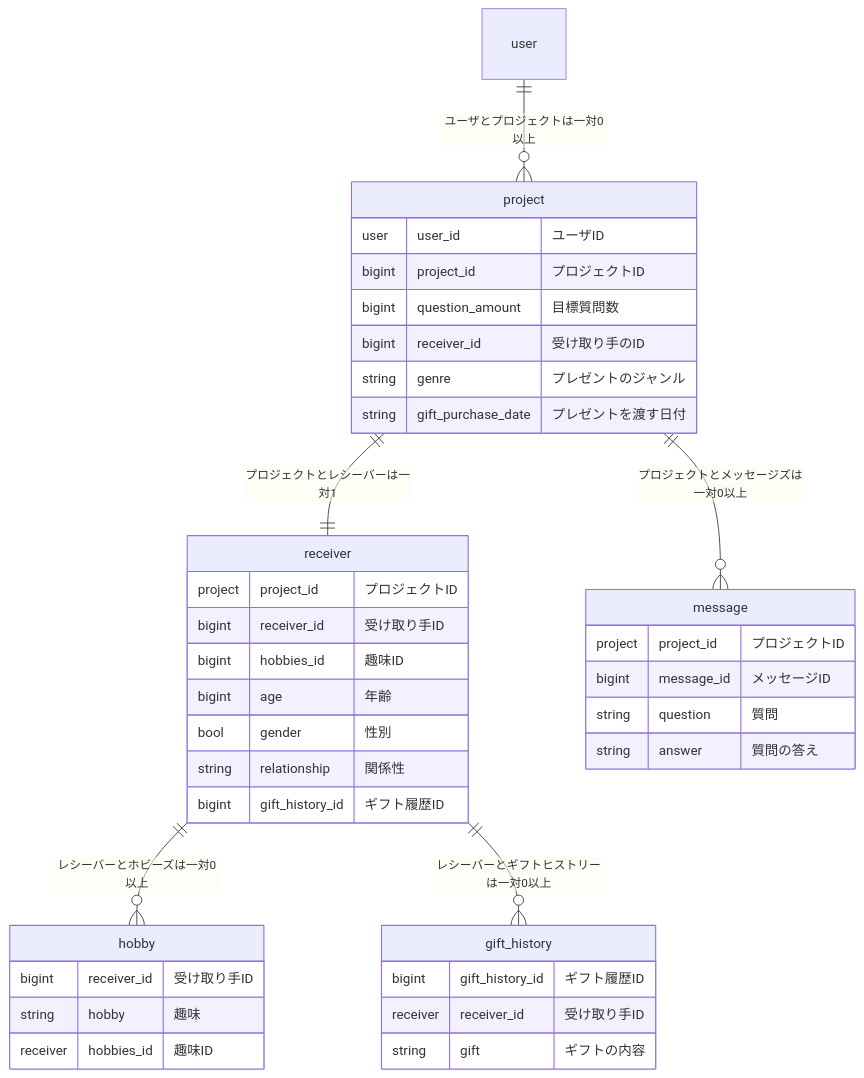
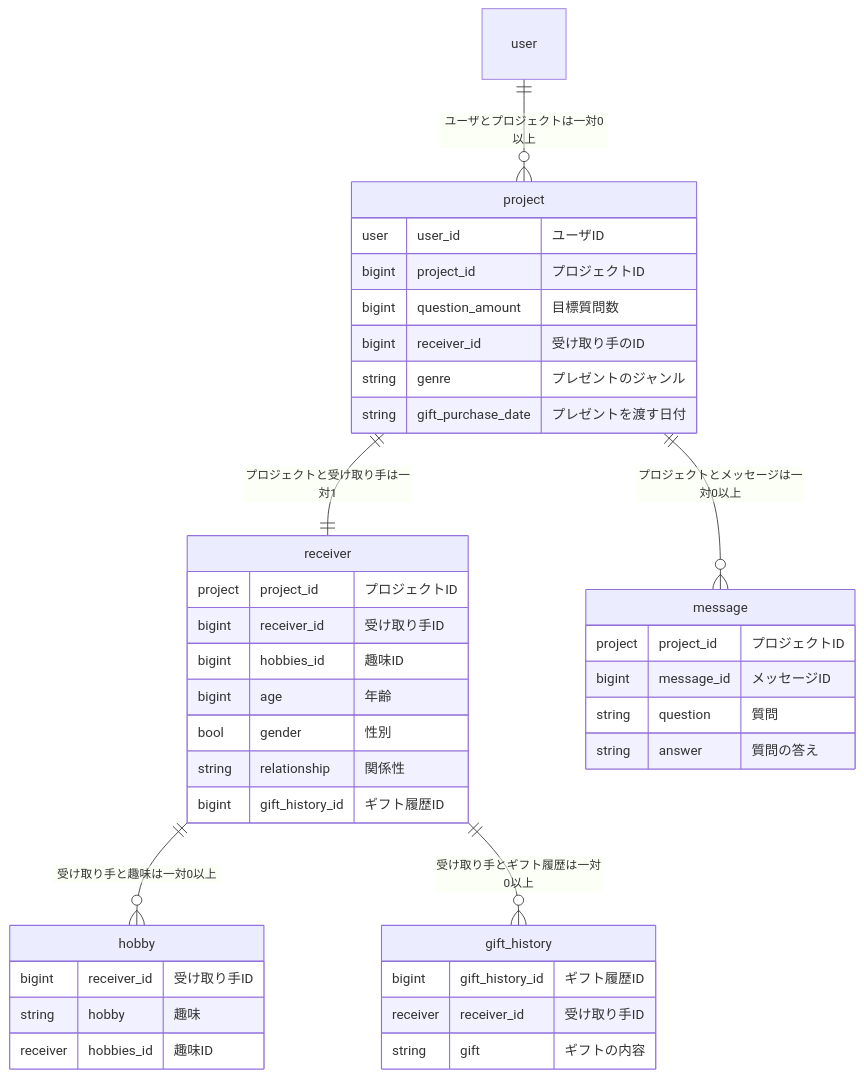
Before and after one commit to team-upliftu/UpliftU: the diagram in README.md, drawn with Mermaid.

````diff
--- a/README.md
+++ b/README.md
@@ -18,49 +18,49 @@
 ```mermaid
 erDiagram
   user ||--o{ project : "ユーザとプロジェクトは一対0以上"
-  project ||--|| receiver : "プロジェクトとレシーバーは一対1"
-  project ||--o{ message : "プロジェクトとメッセージズは一対0以上"
-  receiver ||--o{ hobby : "レシーバーとホビーズは一対0以上"
-  receiver ||--o{ gift_history : "レシーバーとギフトヒストリーは一対0以上"
+  project ||--|| receiver : "プロジェクトと受け取り手は一対1"
+  project ||--o{ message : "プロジェクトとメッセージは一対0以上"
+  receiver ||--o{ hobby : "受け取り手と趣味は一対0以上"
+  receiver ||--o{ gift_history : "受け取り手とギフト履歴は一対0以上"
 
   user {
   }
 
   hobby {
     bigint receiver_id "受け取り手ID"
     string hobby "趣味"
     receiver hobbies_id "趣味ID"
   }
 
   receiver {
     project project_id "プロジェクトID"
     bigint receiver_id "受け取り手ID"
     bigint hobbies_id "趣味ID"
     bigint age "年齢"
     bool gender "性別"
     string relationship "関係性"
     bigint gift_history_id "ギフト履歴ID"
   }
 
   project {
     user user_id "ユーザID"
     bigint project_id "プロジェクトID"
     bigint question_amount "目標質問数"
     bigint receiver_id "受け取り手のID"
     string genre "プレゼントのジャンル"
     string gift_purchase_date "プレゼントを渡す日付"
   }
 
   message {
     project project_id "プロジェクトID"
     bigint message_id "メッセージID"
     string question "質問"
     string answer "質問の答え"
   }
 
   gift_history {
      bigint gift_history_id "ギフト履歴ID"
      receiver receiver_id "受け取り手ID"
      string gift "ギフトの内容"
   }
 ```
````
